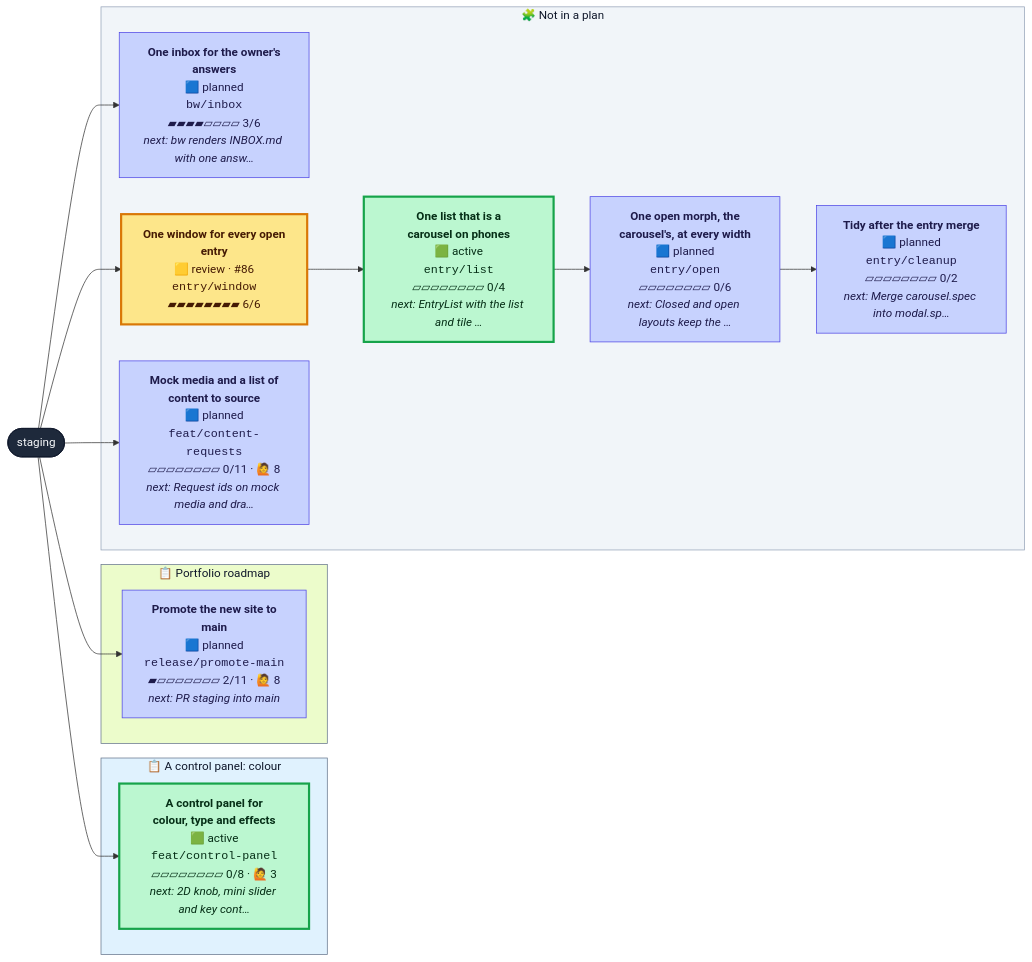
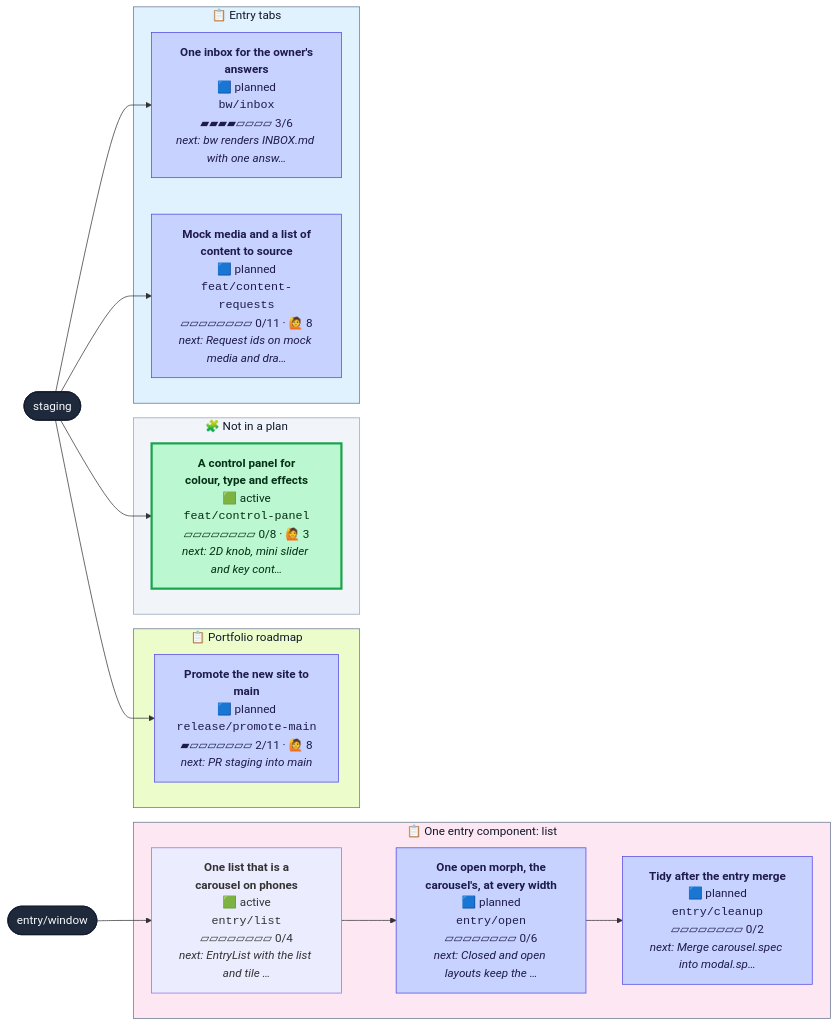
One commit to henryjonescodes/portfolio changed the diagram in CONTRIBUTING.md. Above: the diagram before and after it, drawn with Mermaid. The commit also changed other lines of this file and 1 other file, not shown here.

````diff
--- a/CONTRIBUTING.md
+++ b/CONTRIBUTING.md
@@ -16,44 +17,46 @@
 ```mermaid
 flowchart LR
   n_staging([staging])
   class n_staging trunk
-  subgraph plan_0["📋 A control panel: colour"]
-    n_feat_control_panel["<b>A control panel for<br/>colour, type and effects</b><br/>🟩 active<br/><code>feat/control-panel</code><br/>▱▱▱▱▱▱▱▱ 0/8 · 🙋 3<br/><i>next: 2D knob, mini slider and key cont…</i>"]
-    class n_feat_control_panel active
+  n_entry_window([entry/window])
+  class n_entry_window trunk
+  subgraph plan_0["📋 Entry tabs"]
+    n_bw_inbox["<b>One inbox for the owner's<br/>answers</b><br/>🟦 planned<br/><code>bw/inbox</code><br/>▰▰▰▰▱▱▱▱ 3/6<br/><i>next: bw renders INBOX.md with one answ…</i>"]
+    class n_bw_inbox planned
+    n_feat_content_requests["<b>Mock media and a list of<br/>content to source</b><br/>🟦 planned<br/><code>feat/content-requests</code><br/>▱▱▱▱▱▱▱▱ 0/11 · 🙋 8<br/><i>next: Request ids on mock media and dra…</i>"]
+    class n_feat_content_requests planned
   end
   style plan_0 fill:#e0f2fe,stroke:#64748b,color:#0f172a
+  subgraph plan_1["📋 One entry component: list"]
+    n_entry_cleanup["<b>Tidy after the entry merge</b><br/>🟦 planned<br/><code>entry/cleanup</code><br/>▱▱▱▱▱▱▱▱ 0/2<br/><i>next: Merge carousel.spec into modal.sp…</i>"]
+    class n_entry_cleanup planned
+    n_entry_list["<b>One list that is a<br/>carousel on phones</b><br/>🟩 active<br/><code>entry/list</code><br/>▱▱▱▱▱▱▱▱ 0/4<br/><i>next: EntryList with the list and tile …</i>"]
+    class n_entry_list active,current
+    n_entry_open["<b>One open morph, the<br/>carousel's, at every width</b><br/>🟦 planned<br/><code>entry/open</code><br/>▱▱▱▱▱▱▱▱ 0/6<br/><i>next: Closed and open layouts keep the …</i>"]
+    class n_entry_open planned
+  end
+  style plan_1 fill:#fce7f3,stroke:#64748b,color:#0f172a
   subgraph plan_2["📋 Portfolio roadmap"]
     n_release_promote_main["<b>Promote the new site to<br/>main</b><br/>🟦 planned<br/><code>release/promote-main</code><br/>▰▱▱▱▱▱▱▱ 2/11 · 🙋 8<br/><i>next: PR staging into main</i>"]
     class n_release_promote_main planned
   end
   style plan_2 fill:#ecfccb,stroke:#64748b,color:#0f172a
   subgraph loose["🧩 Not in a plan"]
-    n_bw_inbox["<b>One inbox for the owner's<br/>answers</b><br/>🟦 planned<br/><code>bw/inbox</code><br/>▰▰▰▰▱▱▱▱ 3/6<br/><i>next: bw renders INBOX.md with one answ…</i>"]
-    class n_bw_inbox planned
-    n_entry_cleanup["<b>Tidy after the entry merge</b><br/>🟦 planned<br/><code>entry/cleanup</code><br/>▱▱▱▱▱▱▱▱ 0/2<br/><i>next: Merge carousel.spec into modal.sp…</i>"]
-    class n_entry_cleanup planned
-    n_entry_list["<b>One list that is a<br/>carousel on phones</b><br/>🟩 active<br/><code>entry/list</code><br/>▱▱▱▱▱▱▱▱ 0/4<br/><i>next: EntryList with the list and tile …</i>"]
-    class n_entry_list active
-    n_entry_open["<b>One open morph, the<br/>carousel's, at every width</b><br/>🟦 planned<br/><code>entry/open</code><br/>▱▱▱▱▱▱▱▱ 0/6<br/><i>next: Closed and open layouts keep the …</i>"]
-    class n_entry_open planned
-    n_entry_window["<b>One window for every open<br/>entry</b><br/>🟨 review · #86<br/><code>entry/window</code><br/>▰▰▰▰▰▰▰▰ 6/6"]
-    class n_entry_window review
-    n_feat_content_requests["<b>Mock media and a list of<br/>content to source</b><br/>🟦 planned<br/><code>feat/content-requests</code><br/>▱▱▱▱▱▱▱▱ 0/11 · 🙋 8<br/><i>next: Request ids on mock media and dra…</i>"]
-    class n_feat_content_requests planned
+    n_feat_control_panel["<b>A control panel for<br/>colour, type and effects</b><br/>🟩 active<br/><code>feat/control-panel</code><br/>▱▱▱▱▱▱▱▱ 0/8 · 🙋 3<br/><i>next: 2D knob, mini slider and key cont…</i>"]
+    class n_feat_control_panel active
   end
   style loose fill:#f1f5f9,stroke:#94a3b8,color:#0f172a
   n_staging --> n_bw_inbox
   n_entry_open --> n_entry_cleanup
   n_entry_window --> n_entry_list
   n_entry_list --> n_entry_open
-  n_staging --> n_entry_window
   n_staging --> n_feat_content_requests
   n_staging --> n_feat_control_panel
   n_staging --> n_release_promote_main
   classDef planned fill:#c7d2fe,stroke:#4f46e5,color:#1e1b4b
   classDef active fill:#bbf7d0,stroke:#16a34a,stroke-width:3px,color:#052e16
   classDef review fill:#fde68a,stroke:#d97706,stroke-width:3px,color:#451a03
   classDef blocked fill:#fecaca,stroke:#dc2626,stroke-width:3px,color:#450a0a
   classDef trunk fill:#1e293b,stroke:#0f172a,color:#f8fafc
   classDef current stroke:#0ea5e9,stroke-width:5px
 ```
````
